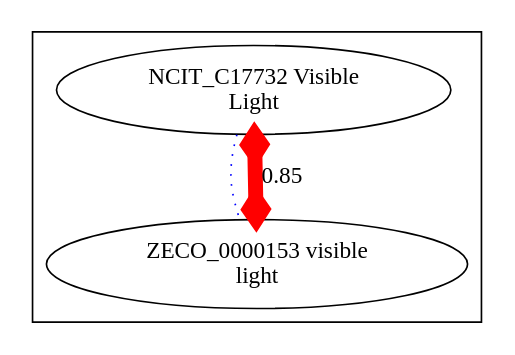
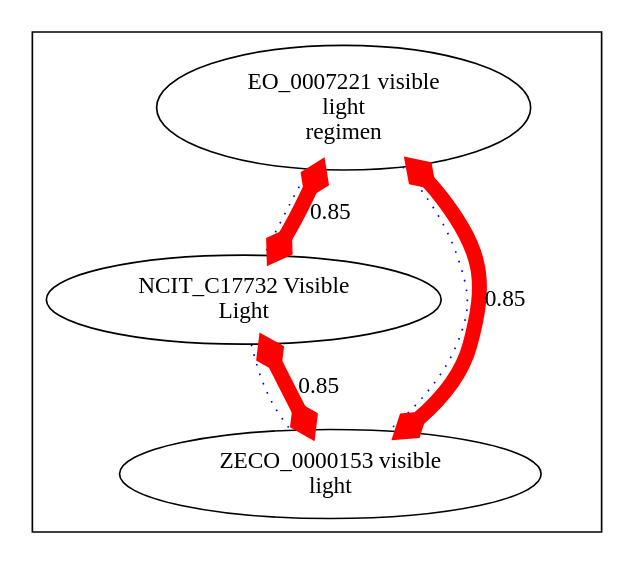
One commit to cmungall/radiation-ontology changed the diagram in target/img-NCIT_C17732.dot. Above: the diagram before and after it, drawn with Graphviz. The commit also changed 14 other files, not shown here.

```diff
--- a/target/img-NCIT_C17732.dot
+++ b/target/img-NCIT_C17732.dot
@@ -1,8 +1,19 @@
 digraph cliquegraph {
 subgraph cluster_NCIT_C17732 {NCIT_C17732 [ label="NCIT_C17732 Visible
 Light" ];
 ZECO_0000153 [ label="ZECO_0000153 visible
-light" ];}
+light" ];
+EO_0007221 [ label="EO_0007221 visible
+light
+regimen" ];}
+EO_0007221 -> NCIT_C17732 [ arrowhead = none, penwidth=1, color=blue, label="", style=dotted]
+
 NCIT_C17732 -> ZECO_0000153 [ arrowhead = none, penwidth=1, color=blue, label="", style=dotted]
+
+EO_0007221 -> ZECO_0000153 [ arrowhead = none, penwidth=1, color=blue, label="", style=dotted]
+EO_0007221 -> NCIT_C17732 [ arrowhead = ediamond, penwidth=9, color=red, label="0.85", style=solid, arrowtail=ediamond, dir=both]
+
 NCIT_C17732 -> ZECO_0000153 [ arrowhead = ediamond, penwidth=9, color=red, label="0.85", style=solid, arrowtail=ediamond, dir=both]
+
+EO_0007221 -> ZECO_0000153 [ arrowhead = ediamond, penwidth=9, color=red, label="0.85", style=solid, arrowtail=ediamond, dir=both]
 }
```
